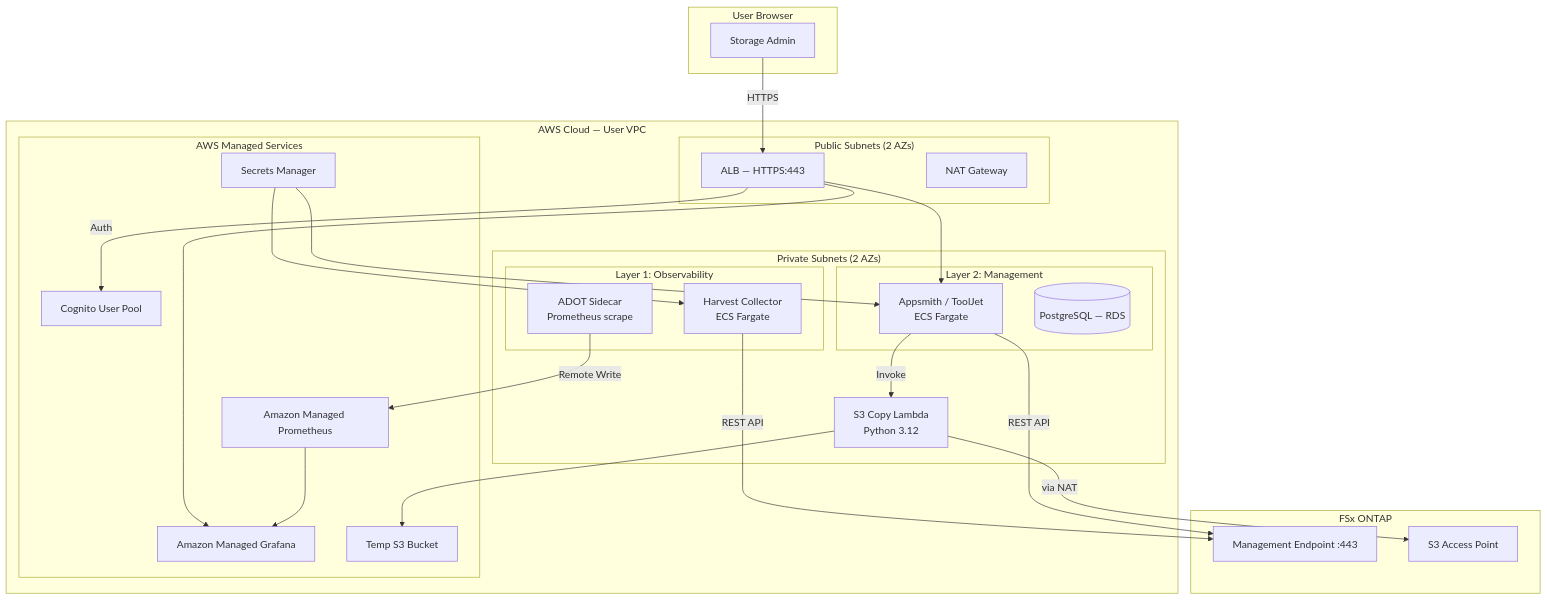
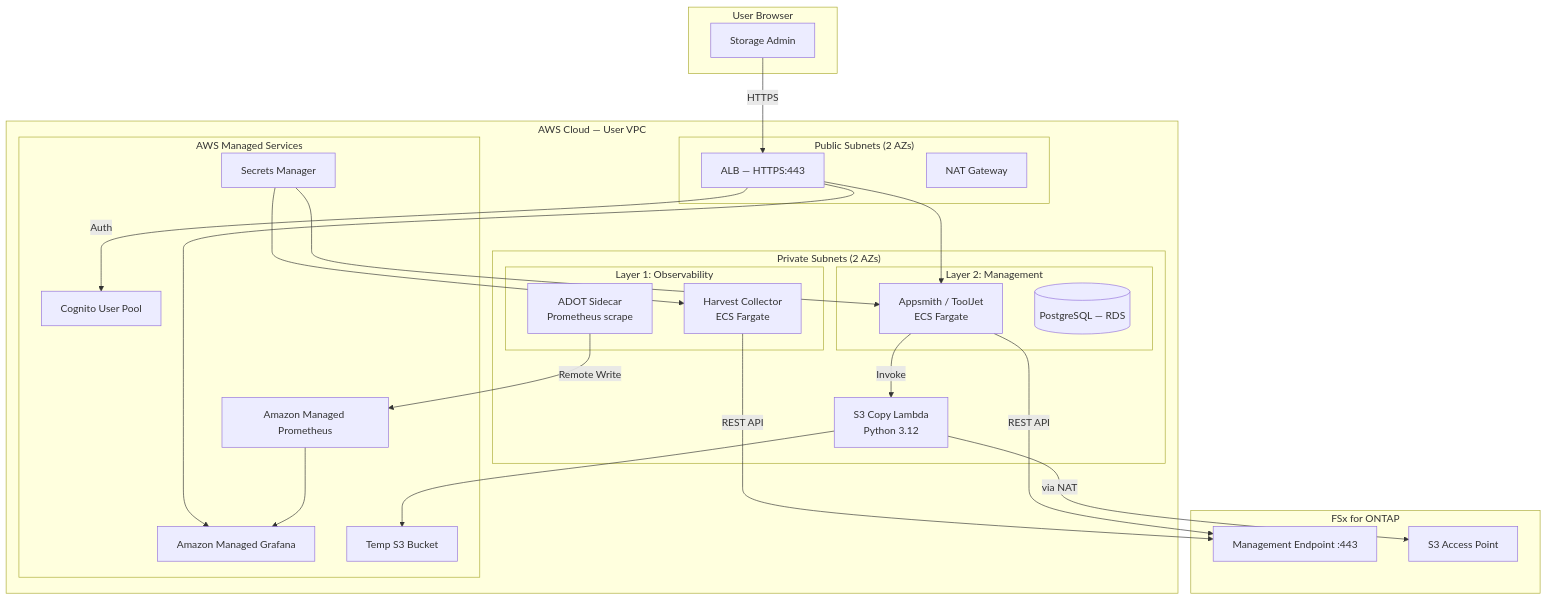
Before and after one commit to Yoshiki0705/fsxn-observability-integrations: the first of 2 diagrams in management-console/README.md, drawn with Mermaid. The commit also changed other lines of this file and 122 other files, not shown here.

````diff
--- a/management-console/README.md
+++ b/management-console/README.md
@@ -102,57 +102,57 @@
 ```mermaid
 graph TB
     subgraph "User Browser"
         Browser[Storage Admin]
     end
 
     subgraph "AWS Cloud — User VPC"
         subgraph "Public Subnets (2 AZs)"
             ALB[ALB — HTTPS:443]
             NAT[NAT Gateway]
         end
 
         subgraph "Private Subnets (2 AZs)"
             subgraph "Layer 1: Observability"
                 Harvest[Harvest Collector<br/>ECS Fargate]
                 ADOT[ADOT Sidecar<br/>Prometheus scrape]
             end
 
             subgraph "Layer 2: Management"
                 AppUI[Appsmith / ToolJet<br/>ECS Fargate]
                 AppDB[(PostgreSQL — RDS)]
             end
 
             S3Lambda[S3 Copy Lambda<br/>Python 3.12]
         end
 
         subgraph "AWS Managed Services"
             Cognito[Cognito User Pool]
             AMP[Amazon Managed Prometheus]
             AMG[Amazon Managed Grafana]
             SM[Secrets Manager]
             TempBucket[Temp S3 Bucket]
         end
     end
 
-    subgraph "FSx ONTAP"
+    subgraph "FSx for ONTAP"
         ONTAP[Management Endpoint :443]
         S3AP[S3 Access Point]
     end
 
     Browser -->|HTTPS| ALB
     ALB -->|Auth| Cognito
     ALB --> AppUI
     ALB --> AMG
 
     Harvest -->|REST API| ONTAP
     ADOT -->|Remote Write| AMP
     AMP --> AMG
 
     AppUI -->|REST API| ONTAP
     AppUI -->|Invoke| S3Lambda
     S3Lambda -->|via NAT| S3AP
     S3Lambda --> TempBucket
 
     SM --> Harvest
     SM --> AppUI
 ```
````
